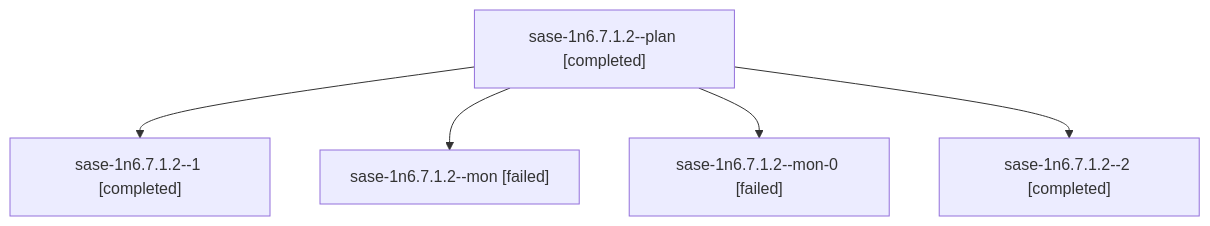
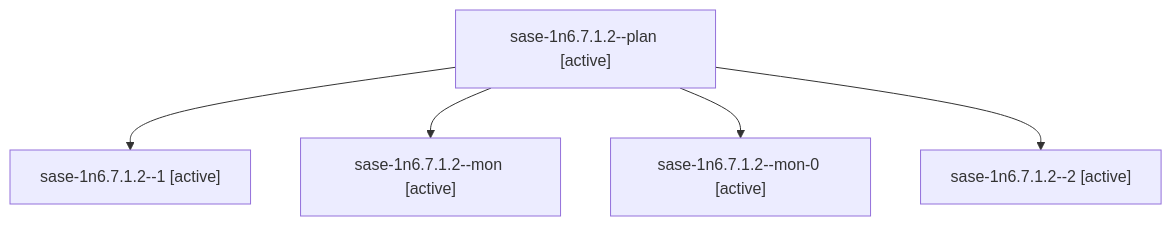
Before and after one commit to sase-org/sase--agents: the diagram in sessions/bbugyi200.athena.sase-1n6.7.1.2.md, drawn with Mermaid. The commit also changed other lines of this file and 303 other files, not shown here.

````diff
--- a/sessions/bbugyi200.athena.sase-1n6.7.1.2.md
+++ b/sessions/bbugyi200.athena.sase-1n6.7.1.2.md
@@ -9,12 +9,12 @@
 ```mermaid
 flowchart TD
-  n0["sase-1n6.7.1.2--plan [completed]"]
-  n1["sase-1n6.7.1.2--1 [completed]"]
+  n0["sase-1n6.7.1.2--plan [active]"]
+  n1["sase-1n6.7.1.2--1 [active]"]
   n0 --> n1
-  n2["sase-1n6.7.1.2--mon [failed]"]
+  n2["sase-1n6.7.1.2--mon [active]"]
   n0 --> n2
-  n3["sase-1n6.7.1.2--mon-0 [failed]"]
+  n3["sase-1n6.7.1.2--mon-0 [active]"]
   n0 --> n3
-  n4["sase-1n6.7.1.2--2 [completed]"]
+  n4["sase-1n6.7.1.2--2 [active]"]
   n0 --> n4
 ```
````
